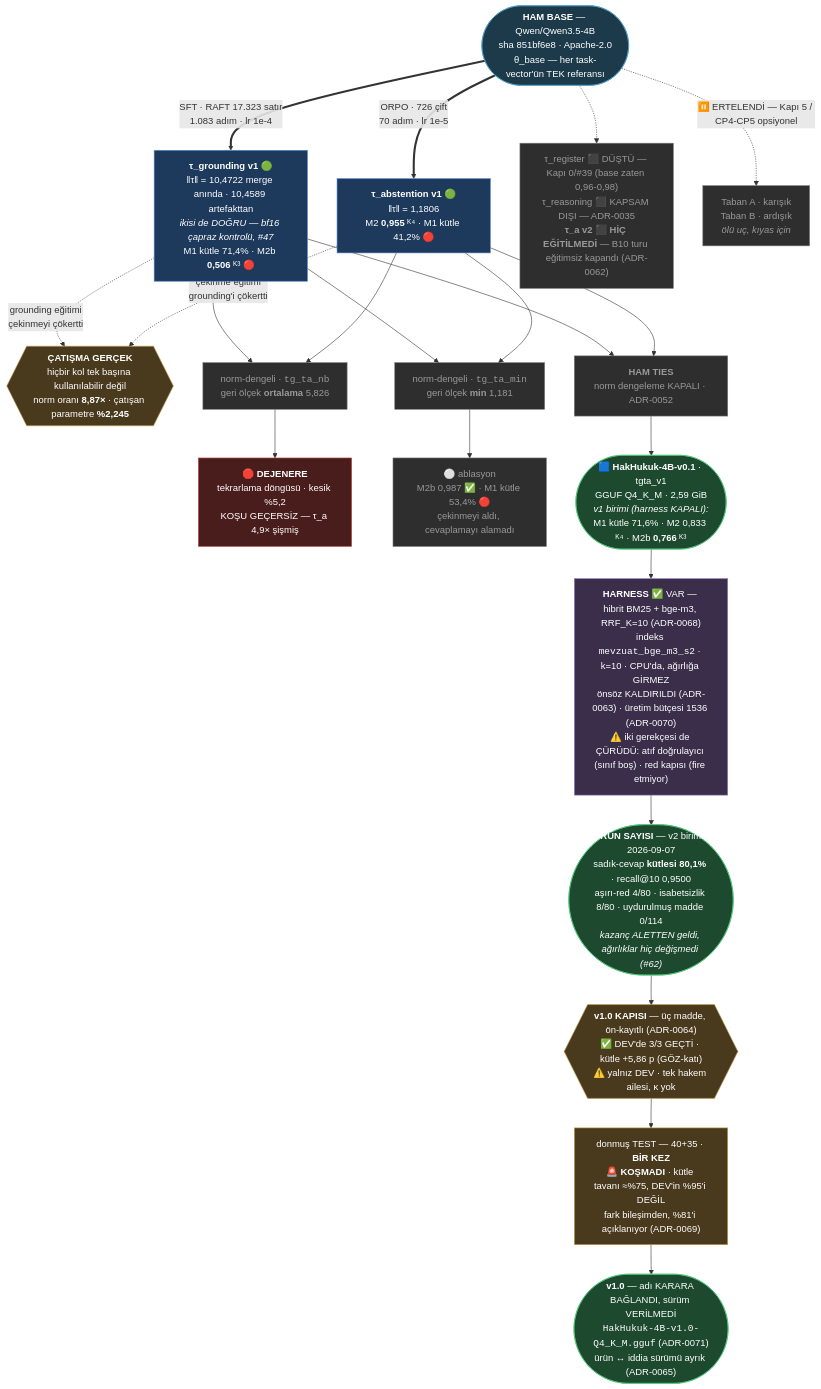
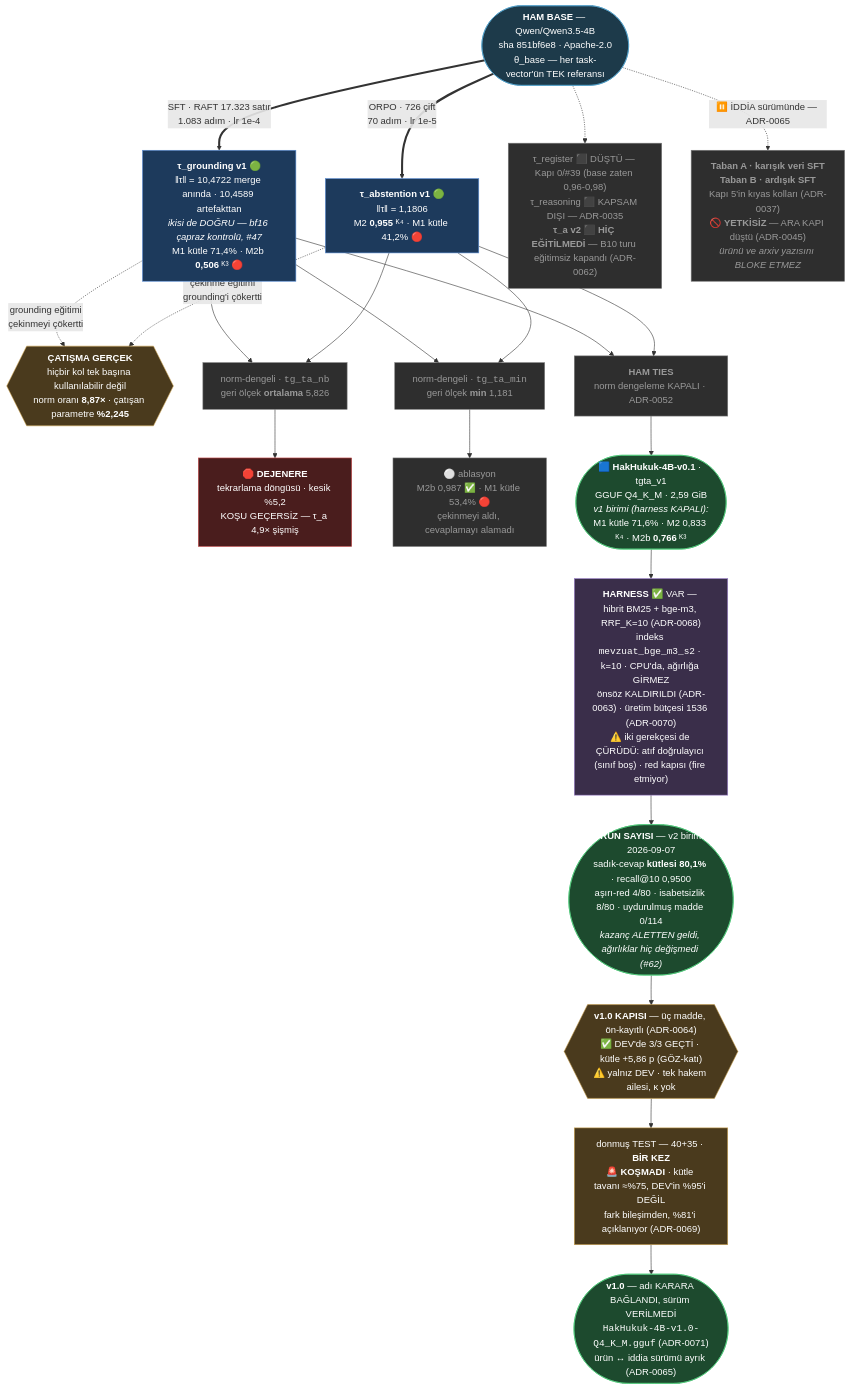
Before and after one commit to Rfetha/Hukuk-SLM: the diagram in docs/model-soyagaci.mmd, drawn with Mermaid. The commit also changed 2 other files, not shown here.

```diff
--- a/docs/model-soyagaci.mmd
+++ b/docs/model-soyagaci.mmd
@@ -1,69 +1,73 @@
 %% HakHukuk — MODEL SOYAĞACI: ham base → kollar → yayımlanan model
-%% Güncellendi: 2026-09-07 · Statü: ÖLÇÜLMÜŞ (artık taslak değil)
+%% Güncellendi: 2026-09-08 · Statü: ÖLÇÜLMÜŞ (artık taslak değil)
 %% Künyeler: record/kollar.md · dış yüz: ../MODEL_CARD.md
 %% Sıra: superpowers/IS-SIRASI.md · ölçüm: record/research_log/
 %% ---
 %% ⚠️ BU BİR ZAMAN ÇİZELGESİ DEĞİL. Doğrusallık YOK:
 %%    (1) kollar birbirinden BAĞIMSIZ — hiçbiri diğerinin üstüne eğitilmez
 %%        (τ = θ_ft − θ_base tanımı bunu ŞART koşar; üstüne eğitmek ardışık SFT olur)
 %%    (2) merge varyantları ALTERNATİF, zincir değil
 %%    (3) tabanlar ölü uç — yalnız kıyas için, asla final olamaz
 %% ---
 %% ⚠️ İKİ AYRI BİRİM, KIYASLANMAZ (MODEL_CARD §2 · §7.1):
 %%    v1 birimi = harness KAPALI · v1 soru seti · bütçe 1024  → M1/M2/M2b sayıları
 %%    v2 birimi = harness AÇIK k=10 · v2 soru seti · bütçe 1536 · önsözsüz → kütle 80,1%
 %% ---
 %% Ok dili: ==> ağırlık üretir (eğitim) · --> artefakt akışı · -.-> etkiler, ağırlığa girmez
 
 flowchart TD
     BASE(["<b>HAM BASE</b> — Qwen/Qwen3.5-4B<br/>sha 851bf6e8 · Apache-2.0<br/>θ_base — her task-vector'ün TEK referansı"])
 
     %% ── KOLLAR — ikisi de HAM BASE'den, bağımsız ──────────────────────
     BASE ==>|"SFT · RAFT 17.323 satır<br/>1.083 adım · lr 1e-4"| TG["<b>τ_grounding v1</b> 🟢<br/>‖τ‖ = 10,4722 merge anında · 10,4589 artefakttan<br/><i>ikisi de DOĞRU — bf16 çapraz kontrolü, #47</i><br/>M1 kütle 71,4% · M2b <b>0,506</b> ᴷ³ 🔴"]
     BASE ==>|"ORPO · 726 çift<br/>70 adım · lr 1e-5"| TA["<b>τ_abstention v1</b> 🟢<br/>‖τ‖ = 1,1806<br/>M2 <b>0,955</b> ᴷ⁴ · M1 kütle 41,2% 🔴"]
 
     %% ── ÇATIŞMA — iç iddianın öncülü, ÖLÇÜLDÜ ─────────────────────────
     TG -.->|"grounding eğitimi<br/>çekinmeyi çökertti"| CAT{{"<b>ÇATIŞMA GERÇEK</b><br/>hiçbir kol tek başına kullanılabilir değil<br/>norm oranı <b>8,87×</b> · çatışan parametre <b>%2,245</b>"}}
     TA -.->|"çekinme eğitimi<br/>grounding'i çökertti"| CAT
 
     %% ── MERGE VARYANTLARI — alternatif, DEV'de seçildi ────────────────
-    TG & TA --> M1["norm-dengeli · <code>tg_ta_nb</code><br/>geri ölçek <b>ortalama</b> 5,826"]
-    TG & TA --> M2["norm-dengeli · <code>tg_ta_min</code><br/>geri ölçek <b>min</b> 1,181"]
-    TG & TA --> M3["<b>HAM TIES</b><br/>norm dengeleme KAPALI · ADR-0052"]
+    TG & TA --> MRG_NB["norm-dengeli · <code>tg_ta_nb</code><br/>geri ölçek <b>ortalama</b> 5,826"]
+    TG & TA --> MRG_MIN["norm-dengeli · <code>tg_ta_min</code><br/>geri ölçek <b>min</b> 1,181"]
+    TG & TA --> MRG_HAM["<b>HAM TIES</b><br/>norm dengeleme KAPALI · ADR-0052"]
 
-    M1 --> R1["🛑 <b>DEJENERE</b><br/>tekrarlama döngüsü · kesik %5,2<br/>KOŞU GEÇERSİZ — τ_a 4,9× şişmiş"]
-    M2 --> R2["⚪ ablasyon<br/>M2b 0,987 ✅ · M1 kütle 53,4% 🔴<br/>çekinmeyi aldı, cevaplamayı alamadı"]
-    M3 --> FIN(["<b>🟦 HakHukuk-4B-v0.1</b> · tgta_v1<br/>GGUF Q4_K_M · 2,59 GiB<br/><i>v1 birimi (harness KAPALI):</i><br/>M1 kütle 71,6% · M2 0,833 ᴷ⁴ · M2b <b>0,766</b> ᴷ³"])
+    MRG_NB --> R1["🛑 <b>DEJENERE</b><br/>tekrarlama döngüsü · kesik %5,2<br/>KOŞU GEÇERSİZ — τ_a 4,9× şişmiş"]
+    MRG_MIN --> R2["⚪ ablasyon<br/>M2b 0,987 ✅ · M1 kütle 53,4% 🔴<br/>çekinmeyi aldı, cevaplamayı alamadı"]
+    MRG_HAM --> FIN(["<b>🟦 HakHukuk-4B-v0.1</b> · tgta_v1<br/>GGUF Q4_K_M · 2,59 GiB<br/><i>v1 birimi (harness KAPALI):</i><br/>M1 kütle 71,6% · M2 0,833 ᴷ⁴ · M2b <b>0,766</b> ᴷ³"])
 
     %% ── DÜŞENLER ─────────────────────────────────────────────────────
     BASE -.-> DUS["τ_register ⬛ DÜŞTÜ — Kapı 0/#39 (base zaten 0,96-0,98)<br/>τ_reasoning ⬛ KAPSAM DIŞI — ADR-0035<br/><b>τ_a v2 ⬛ HİÇ EĞİTİLMEDİ</b> — B10 turu eğitimsiz kapandı (ADR-0062)"]
 
-    %% ── TABANLAR — ölü uç, ertelendi ─────────────────────────────────
-    BASE -.->|"⏸️ ERTELENDİ — Kapı 5 / CP4-CP5 opsiyonel"| TAB["Taban A · karışık<br/>Taban B · ardışık<br/><i>ölü uç, kıyas için</i>"]
+    %% ── TABANLAR — ölü uç; İDDİA sürümünde, yetkisi DÜŞMÜŞ bir kapıda ──
+    %% ⚠️ "opsiyonel" DEĞİL, "yetkisiz". Zincir: ARA KAPI düştü (ADR-0045, 0,766 ↔ 0,8649)
+    %%    ⇒ CP4-CP5 yetkisi gitti ⇒ Kapı 5 (ADR-0037) koşulamaz ⇒ Taban A/B koşulmaz.
+    %%    Yetki YALNIZ şu zincirle geri gelir: τ_a v2 eğitilir (S12) → ARA KAPI yeniden
+    %%    koşar → GEÇERSE CP4-CP5 yetkilenir. Eşik oynatılmaz (ADR-0050).
+    BASE -.->|"⏸️ İDDİA sürümünde — ADR-0065"| TAB["<b>Taban A · karışık veri SFT</b><br/><b>Taban B · ardışık SFT</b><br/>Kapı 5'in kıyas kolları (ADR-0037)<br/>🚫 <b>YETKİSİZ</b> — ARA KAPI düştü (ADR-0045)<br/><i>ürünü ve arxiv yazısını BLOKE ETMEZ</i>"]
 
     %% ── HARNESS — VAR ve ürünün varsayılan rejimi ────────────────────
     FIN --> HARN["<b>HARNESS</b> ✅ VAR — hibrit BM25 + bge-m3, RRF_K=10 (ADR-0068)<br/>indeks <code>mevzuat_bge_m3_s2</code> · k=10 · CPU'da, ağırlığa GİRMEZ<br/>önsöz KALDIRILDI (ADR-0063) · üretim bütçesi 1536 (ADR-0070)<br/>⚠️ iki gerekçesi de ÇÜRÜDÜ: atıf doğrulayıcı (sınıf boş) · red kapısı (fire etmiyor)"]
 
     HARN --> URUN(["<b>ÜRÜN SAYISI</b> — v2 birimi, 2026-09-07<br/>sadık-cevap <b>kütlesi 80,1%</b> · recall@10 0,9500<br/>aşırı-red 4/80 · isabetsizlik 8/80 · uydurulmuş madde 0/114<br/><i>kazanç ALETTEN geldi, ağırlıklar hiç değişmedi (#62)</i>"])
 
     URUN --> KAPI{{"<b>v1.0 KAPISI</b> — üç madde, ön-kayıtlı (ADR-0064)<br/>✅ DEV'de 3/3 GEÇTİ · kütle +5,86 p (GÖZ-katı)<br/>⚠️ yalnız DEV · tek hakem ailesi, κ yok"}}
 
     KAPI --> TEST["donmuş TEST — 40+35 · <b>BİR KEZ</b><br/>🚨 <b>KOŞMADI</b> · kütle tavanı ≈%75, DEV'in %95'i DEĞİL<br/>fark bileşimden, %81'i açıklanıyor (ADR-0069)"]
 
     TEST --> V1(["<b>v1.0</b> — adı KARARA BAĞLANDI, sürüm VERİLMEDİ<br/><code>HakHukuk-4B-v1.0-Q4_K_M.gguf</code> (ADR-0071)<br/>ürün ↔ iddia sürümü ayrık (ADR-0065)"])
 
     classDef origin fill:#1d3a4a,stroke:#4f9fc9,color:#fff
     classDef kol fill:#1d3a5c,stroke:#5b8fd6,color:#fff
     classDef dead fill:#2e2e2e,stroke:#777,color:#999
     classDef bad fill:#4a1d1d,stroke:#c94f4f,color:#fff
     classDef gate fill:#4a3a1d,stroke:#c9a04f,color:#fff
     classDef star fill:#1d4a2e,stroke:#4fc97a,color:#fff
     classDef todo fill:#3a2e4a,stroke:#9a7fc9,color:#fff
 
     class BASE origin
     class TG,TA kol
-    class DUS,TAB,R2,M1,M2,M3 dead
+    class DUS,TAB,R2,MRG_NB,MRG_MIN,MRG_HAM dead
     class R1 bad
     class CAT,KAPI,TEST gate
     class FIN,URUN,V1 star
     class HARN todo
```
